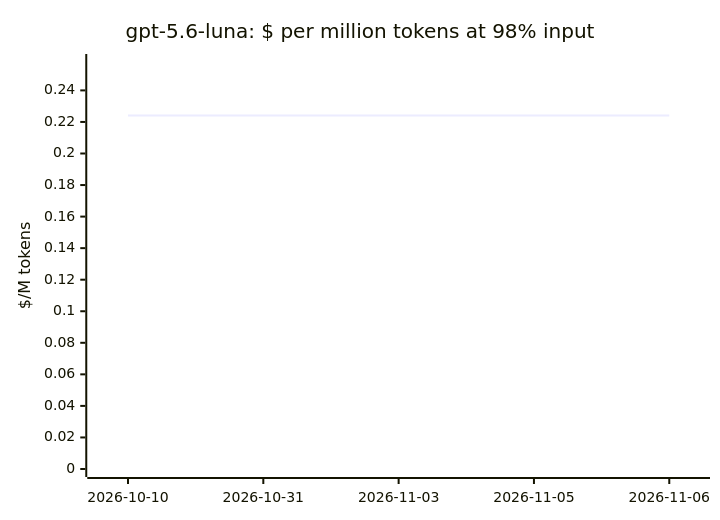
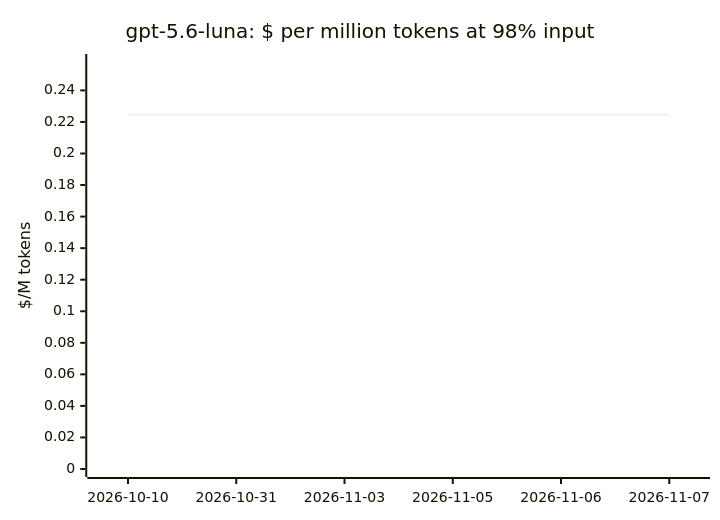
One commit to cklukas/OMEGA_TRANSFORM changed diagram 12 of 20 in docs/openrouter-models.md. Above: the diagram before and after it, drawn with Mermaid. The commit also changed other lines of this file and 68 other files, not shown here.

````diff
--- a/docs/openrouter-models.md
+++ b/docs/openrouter-models.md
@@ -250,7 +239,7 @@
 ```mermaid
 xychart-beta
     title "gpt-5.6-luna: $ per million tokens at 98% input"
-    x-axis ["2026-10-10", "2026-10-31", "2026-11-03", "2026-11-05", "2026-11-06"]
+    x-axis ["2026-10-10", "2026-10-31", "2026-11-03", "2026-11-05", "2026-11-06", "2026-11-07"]
     y-axis "$/M tokens" 0 --> 0.258
-    line [0.2241, 0.2241, 0.2241, 0.2241, 0.2241]
+    line [0.2246, 0.2246, 0.2246, 0.2246, 0.2246, 0.2246]
 ```
````
